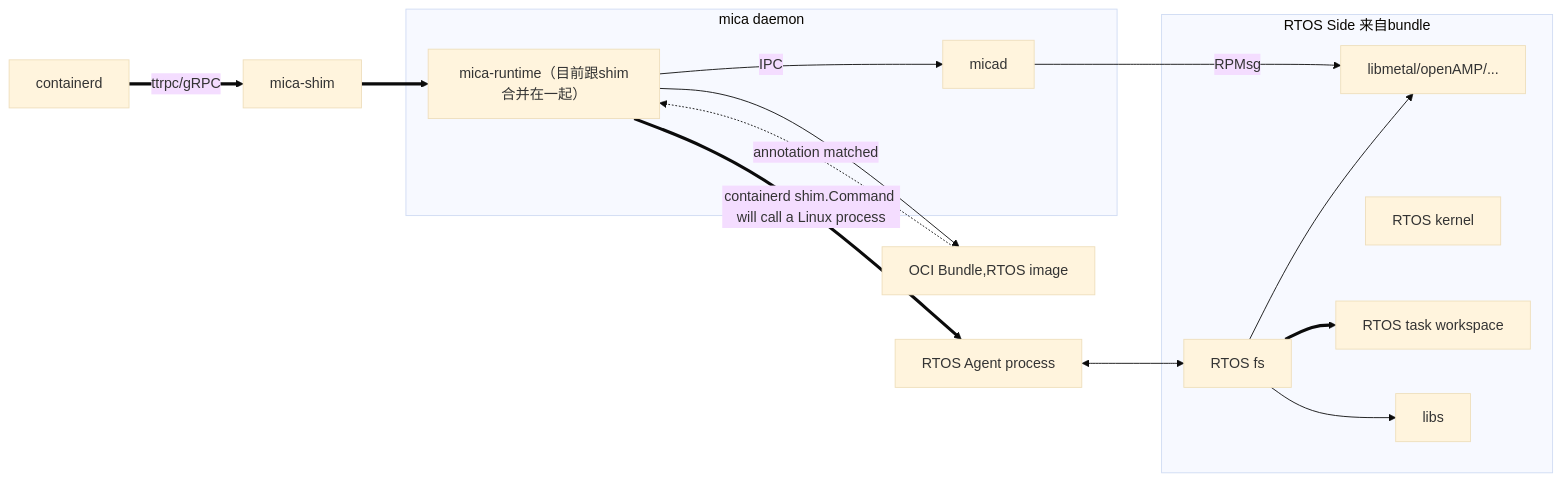
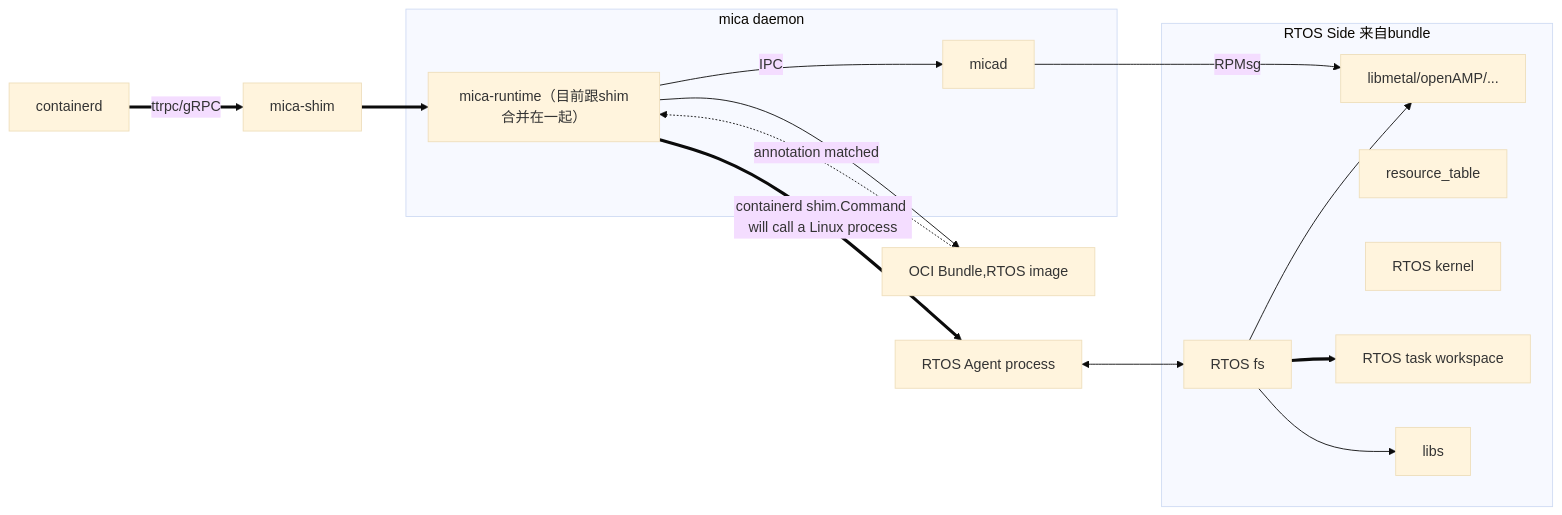
Before and after one commit to Egg12138/iodraw-files: the diagram in all/未命名.md, drawn with Mermaid (base theme).

Commit message:
2025-06-23 09:27:01 update

````diff
--- a/all/未命名.md
+++ b/all/未命名.md
@@ -1,25 +1,25 @@
 ```mermaid
 graph LR
     CD[containerd] ==>|ttrpc/gRPC| S
     S[mica-shim] ==> MR
     MR[mica-runtime（目前跟shim合并在一起）] -->|IPC| A[micad]
     MR -->C[OCI Bundle,RTOS image]
     MR ==>|containerd shim.Command will call a Linux process|AG[RTOS Agent process]
     A -->|RPMsg| B[RTOS Remote Core]
     C -.->|annotation matched| MR
     AG <--> D
     subgraph RTOS Side 来自bundle
-        
+        RT[resource_table ]
         K[RTOS kernel]
         B[libmetal/openAMP/...]
         D[RTOS fs] ==> E
         D --> L[libs]
         D --> B
         E[RTOS task workspace]
     end
 
     subgraph mica daemon
         A
         MR
     end
 ```
````
